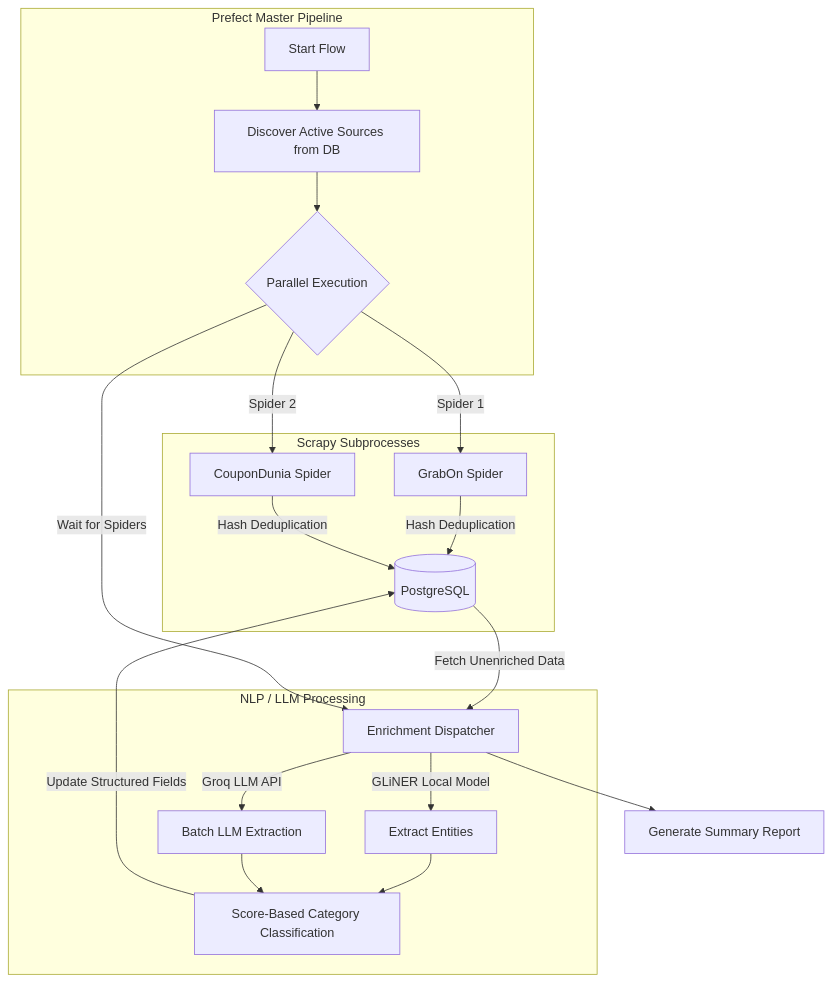
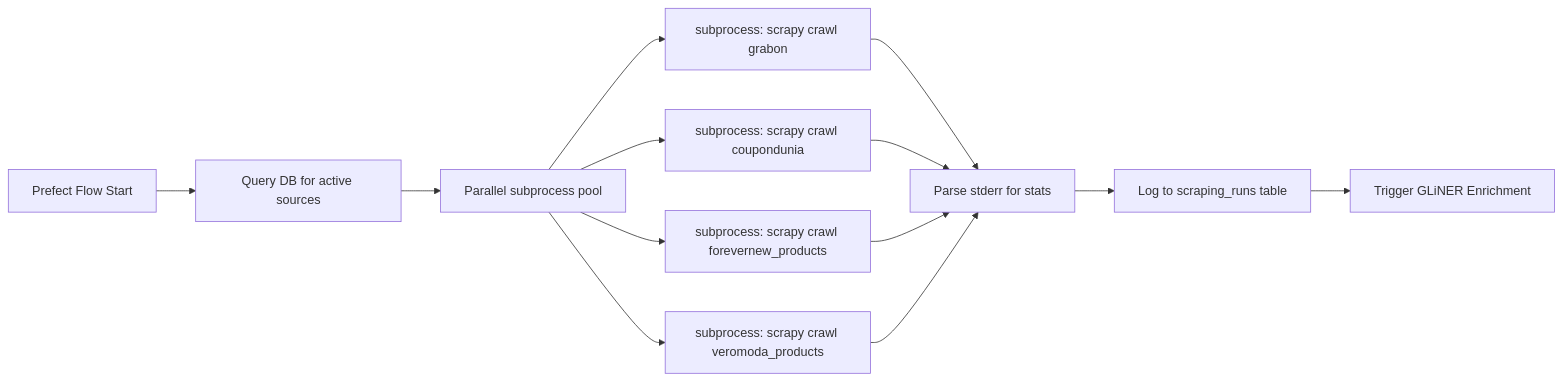
One commit to Arshu45/Web_Scraping_v1 changed the second of 6 diagrams in confluence_documentation.md. Above: the diagram before and after it, drawn with Mermaid. The commit also changed other lines of this file and 1 other file, not shown here.

````diff
--- a/confluence_documentation.md
+++ b/confluence_documentation.md
@@ -20,26 +107,12 @@
 ```mermaid
-graph TD
-    subgraph Orchestration [Prefect Master Pipeline]
-        A[Start Flow] --> B[Discover Active Sources from DB]
-        B --> C{Parallel Execution}
-    end
-
-    subgraph Scraping [Scrapy Subprocesses]
-        C -->|Spider 1| D1[GrabOn Spider]
-        C -->|Spider 2| D2[CouponDunia Spider]
-        D1 -->|Hash Deduplication| DB[(PostgreSQL)]
-        D2 -->|Hash Deduplication| DB
-    end
-
-    subgraph Enrichment [NLP / LLM Processing]
-        DB -->|Fetch Unenriched Data| E[Enrichment Dispatcher]
-        E -->|GLiNER Local Model| F1[Extract Entities]
-        E -->|Groq LLM API| F2[Batch LLM Extraction]
-        F1 --> G[Score-Based Category Classification]
-        F2 --> G
-        G -->|Update Structured Fields| DB
-    end
-
-    C -->|Wait for Spiders| E
-    E --> H[Generate Summary Report]
+flowchart LR
+    A[Prefect Flow Start] --> B[Query DB for active sources]
+    B --> C[Parallel subprocess pool]
+    C --> D1[subprocess: scrapy crawl grabon]
+    C --> D2[subprocess: scrapy crawl coupondunia]
+    C --> D3[subprocess: scrapy crawl forevernew_products]
+    C --> D4[subprocess: scrapy crawl veromoda_products]
+    D1 & D2 & D3 & D4 --> E[Parse stderr for stats]
+    E --> F[Log to scraping_runs table]
+    F --> G[Trigger GLiNER Enrichment]
 ```
````
